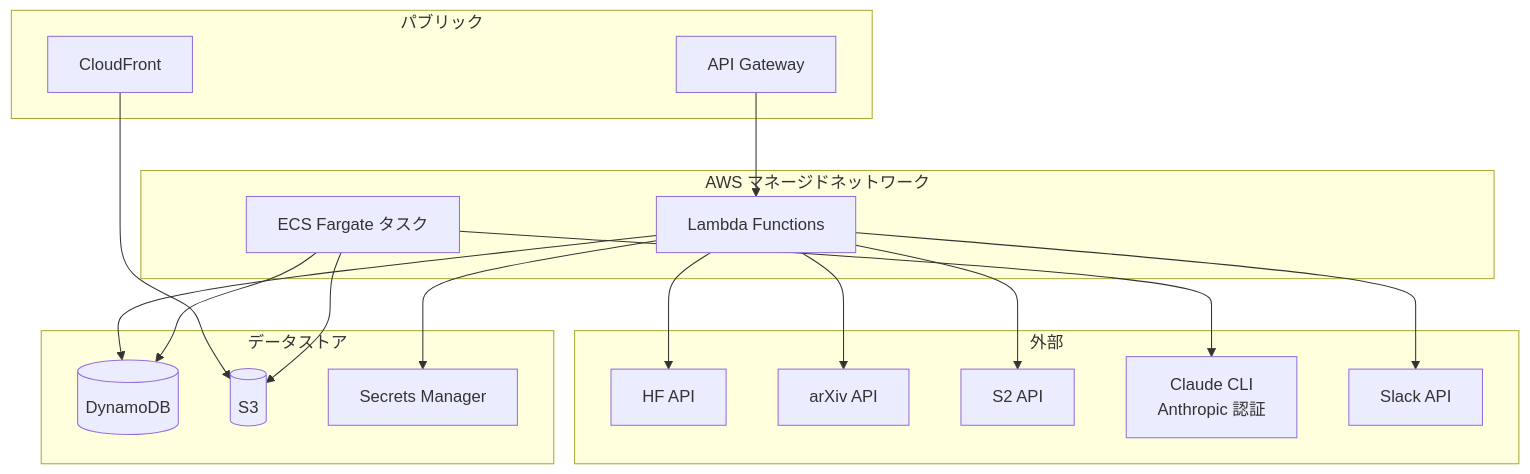
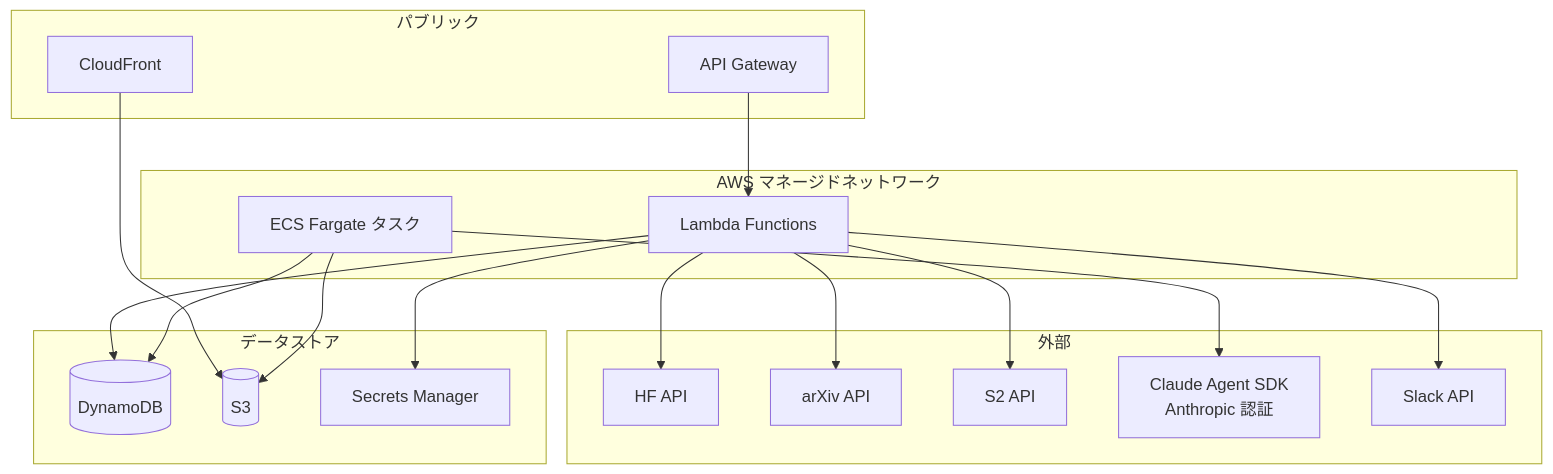
One commit to Shintaro-Abe/ai-papers-digest changed the first of 5 diagrams in docs/architecture.md. Above: the diagram before and after it, drawn with Mermaid. The commit also changed other lines of this file and 23 other files, not shown here.

````diff
--- a/docs/architecture.md
+++ b/docs/architecture.md
@@ -58,38 +58,38 @@
 ```mermaid
 graph TB
     subgraph "パブリック"
         CF[CloudFront]
         APIGW[API Gateway]
     end
 
     subgraph "AWS マネージドネットワーク"
         Lambda[Lambda Functions]
         Fargate[ECS Fargate タスク]
     end
 
     subgraph "外部"
         HF[HF API]
         AR[arXiv API]
         SS[S2 API]
-        Claude[Claude CLI<br/>Anthropic 認証]
+        Claude[Claude Agent SDK<br/>Anthropic 認証]
         Slack[Slack API]
     end
 
     subgraph "データストア"
         DDB[(DynamoDB)]
         S3[(S3)]
         SM[Secrets Manager]
     end
 
     CF --> S3
     APIGW --> Lambda
     Lambda --> DDB
     Lambda --> SM
     Lambda --> Slack
     Lambda --> HF
     Lambda --> AR
     Lambda --> SS
     Fargate --> DDB
     Fargate --> S3
     Fargate --> Claude
 ```
````
